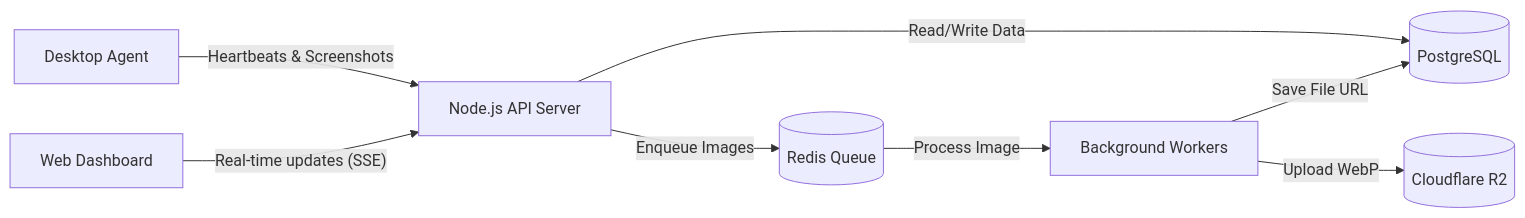
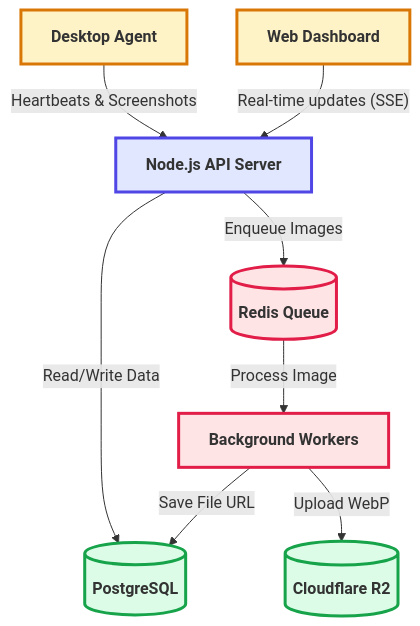
Before and after one commit to Trace-2-0/Docs: the diagram in Overview/architecture-overview.md, drawn with Mermaid.

Commit message:
docs: Update architecture diagram to be vertical with larger fonts

````diff
--- a/Overview/architecture-overview.md
+++ b/Overview/architecture-overview.md
@@ -9,28 +9,32 @@
 ```mermaid
-flowchart LR
-    %% Clients
-    Agent[Desktop Agent]
-    Admin[Web Dashboard]
+flowchart TD
+    %% Styling to make it bold and big
+    classDef default fill:#f9f9f9,stroke:#333,stroke-width:2px,font-size:16px,font-weight:bold;
+    classDef api fill:#e0e7ff,stroke:#4f46e5,stroke-width:3px;
+    classDef storage fill:#dcfce7,stroke:#16a34a,stroke-width:3px;
+    classDef client fill:#fef3c7,stroke:#d97706,stroke-width:3px;
+    classDef queue fill:#ffe4e6,stroke:#e11d48,stroke-width:3px;
+
+    %% Components
+    Agent[Desktop Agent]:::client
+    Admin[Web Dashboard]:::client
     
-    %% Core Server
-    API[Node.js API Server]
+    API[Node.js API Server]:::api
     
-    %% Background Processing
-    Queue[(Redis Queue)]
-    Worker[Background Workers]
+    Queue[(Redis Queue)]:::queue
+    Worker[Background Workers]:::queue
     
-    %% Storage
-    DB[(PostgreSQL)]
-    Storage[(Cloudflare R2)]
+    DB[(PostgreSQL)]:::storage
+    Storage[(Cloudflare R2)]:::storage
 
     %% Interactions
     Agent -- "Heartbeats & Screenshots" --> API
     Admin -- "Real-time updates (SSE)" --> API
     
     API -- "Read/Write Data" --> DB
     API -- "Enqueue Images" --> Queue
     
     Queue -- "Process Image" --> Worker
     Worker -- "Save File URL" --> DB
     Worker -- "Upload WebP" --> Storage
 ```
````
